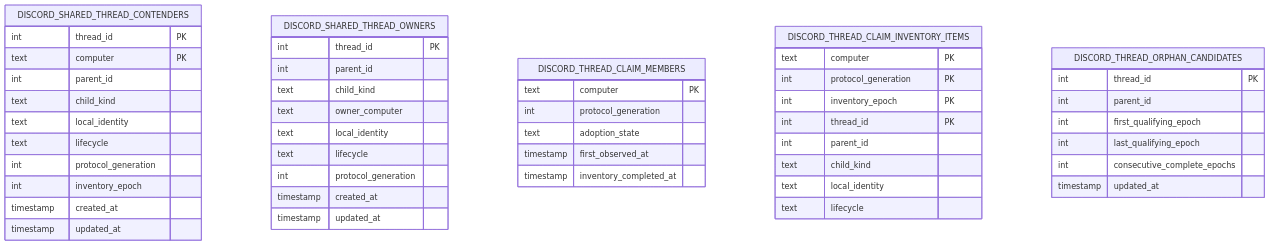
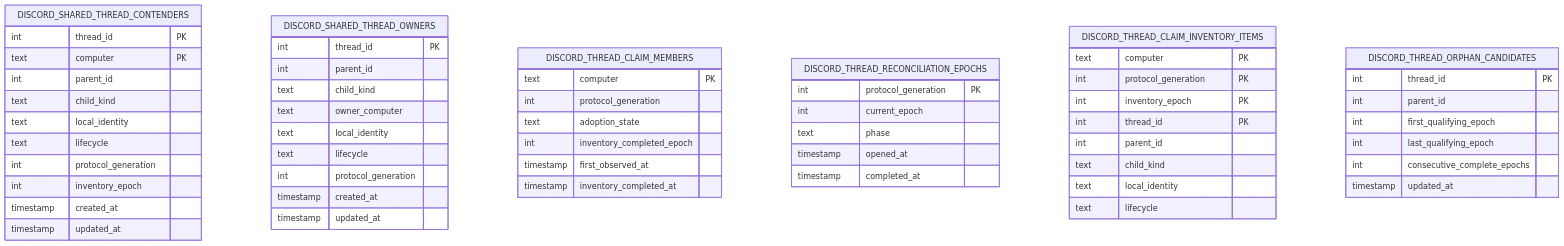
The third of 3 diagrams in docs/project/design/architecture/database.md (InstruktAI/TeleClaude), drawn with Mermaid before and after one commit. The commit also changed other lines of this file, not shown here.

Commit message:
fix(docs): bind inventories to durable master epochs [skip ci]
🤖 Generated with [TeleClaude](https://github.com/InstruktAI/TeleClaude)

Session: c493da34-9d47-4e42-963f-679afcb04388
Human-Involved: false

````diff
--- a/docs/project/design/architecture/database.md
+++ b/docs/project/design/architecture/database.md
@@ -185,55 +185,64 @@
 ```mermaid
 erDiagram
     DISCORD_SHARED_THREAD_CONTENDERS {
         int thread_id PK
         text computer PK
         int parent_id
         text child_kind
         text local_identity
         text lifecycle
         int protocol_generation
         int inventory_epoch
         timestamp created_at
         timestamp updated_at
     }
 
     DISCORD_SHARED_THREAD_OWNERS {
         int thread_id PK
         int parent_id
         text child_kind
         text owner_computer
         text local_identity
         text lifecycle
         int protocol_generation
         timestamp created_at
         timestamp updated_at
     }
 
     DISCORD_THREAD_CLAIM_MEMBERS {
         text computer PK
         int protocol_generation
         text adoption_state
+        int inventory_completed_epoch
         timestamp first_observed_at
         timestamp inventory_completed_at
+    }
+
+    DISCORD_THREAD_RECONCILIATION_EPOCHS {
+        int protocol_generation PK
+        int current_epoch
+        text phase
+        timestamp opened_at
+        timestamp completed_at
     }
 
     DISCORD_THREAD_CLAIM_INVENTORY_ITEMS {
         text computer PK
         int protocol_generation PK
         int inventory_epoch PK
         int thread_id PK
         int parent_id
         text child_kind
         text local_identity
         text lifecycle
     }
 
     DISCORD_THREAD_ORPHAN_CANDIDATES {
         int thread_id PK
         int parent_id
         int first_qualifying_epoch
         int last_qualifying_epoch
         int consecutive_complete_epochs
         timestamp updated_at
     }
 ```
````
